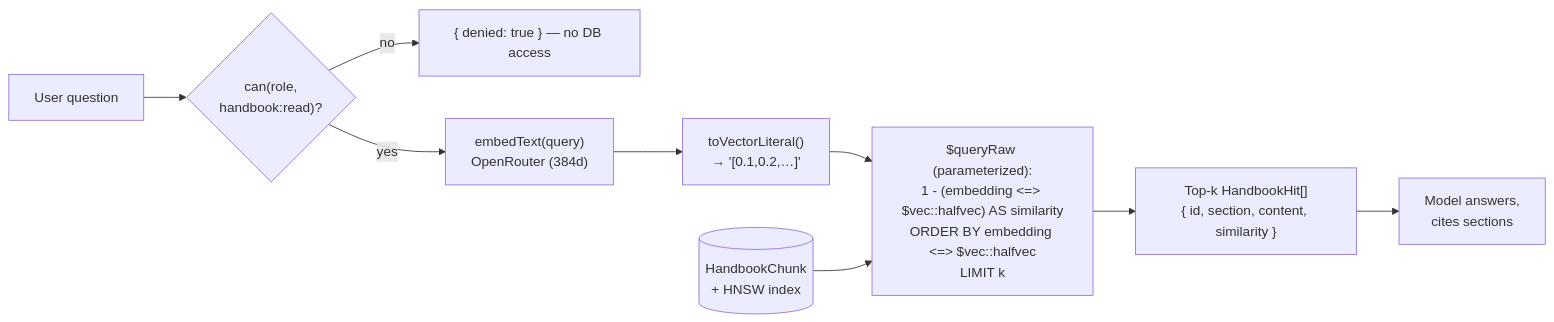
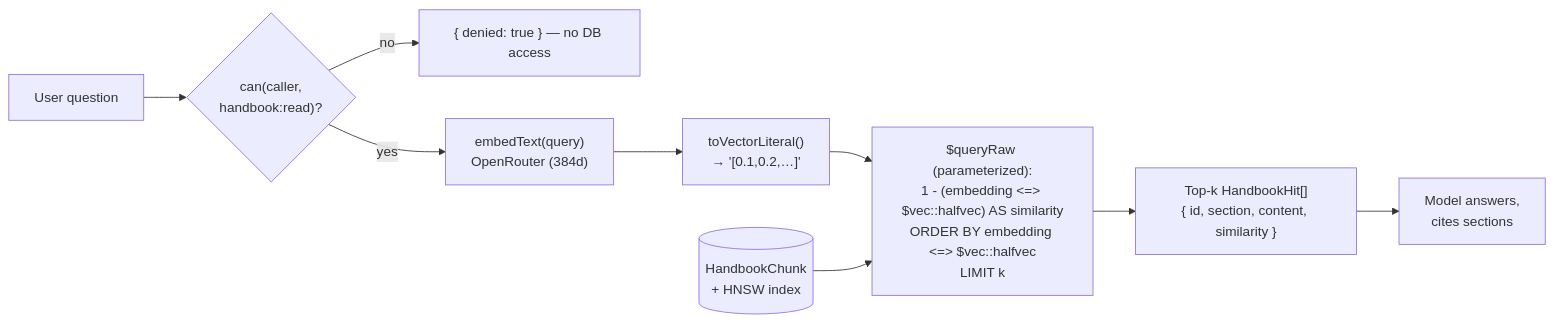
The second of 2 diagrams in docs/architecture/hr-rag-architecture.md (shademounir/Hari), drawn with Mermaid before and after one commit. The commit also changed 7 other files, not shown here.

````diff
--- a/docs/architecture/hr-rag-architecture.md
+++ b/docs/architecture/hr-rag-architecture.md
@@ -156,11 +156,11 @@
 ```mermaid
 flowchart LR
-    Q["User question"] --> PERM{"can(role,<br/>handbook:read)?"}
+    Q["User question"] --> PERM{"can(caller,<br/>handbook:read)?"}
     PERM -- no --> DENY["{ denied: true } — no DB access"]
     PERM -- yes --> E["embedText(query)<br/>OpenRouter (384d)"]
     E --> V["toVectorLiteral()<br/>→ '[0.1,0.2,…]'"]
     V --> SQL["$queryRaw (parameterized):<br/>1 - (embedding &lt;=&gt; $vec::halfvec) AS similarity<br/>ORDER BY embedding &lt;=&gt; $vec::halfvec<br/>LIMIT k"]
     IDX[("HandbookChunk<br/>+ HNSW index")] --> SQL
     SQL --> TOP["Top-k HandbookHit[]<br/>{ id, section, content, similarity }"]
     TOP --> ANS["Model answers,<br/>cites sections"]
 ```
````
